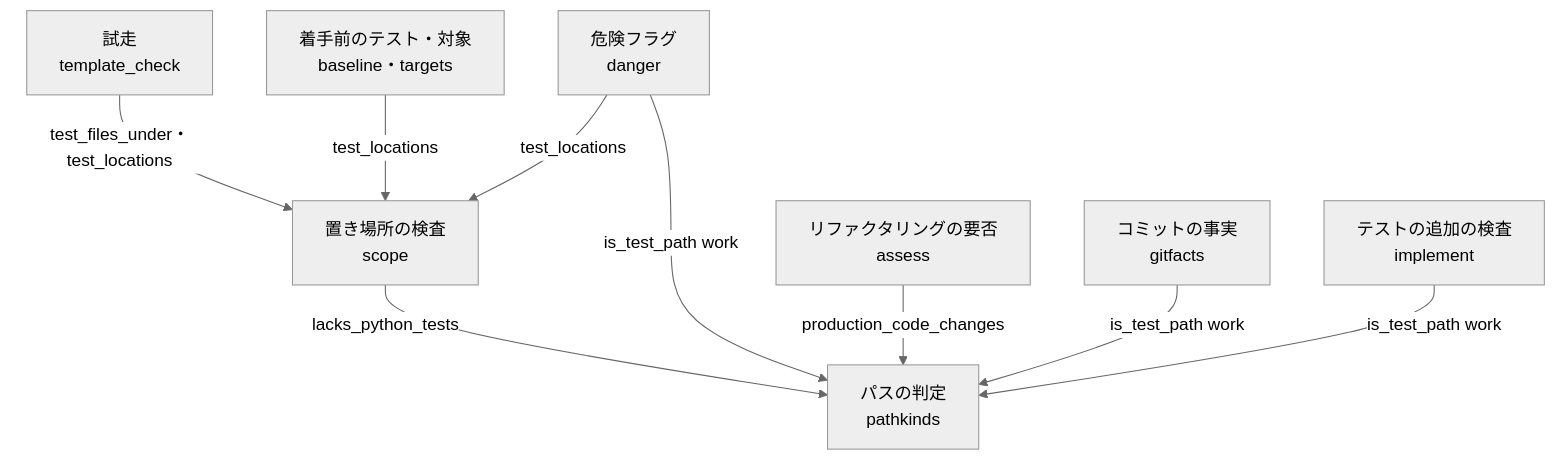
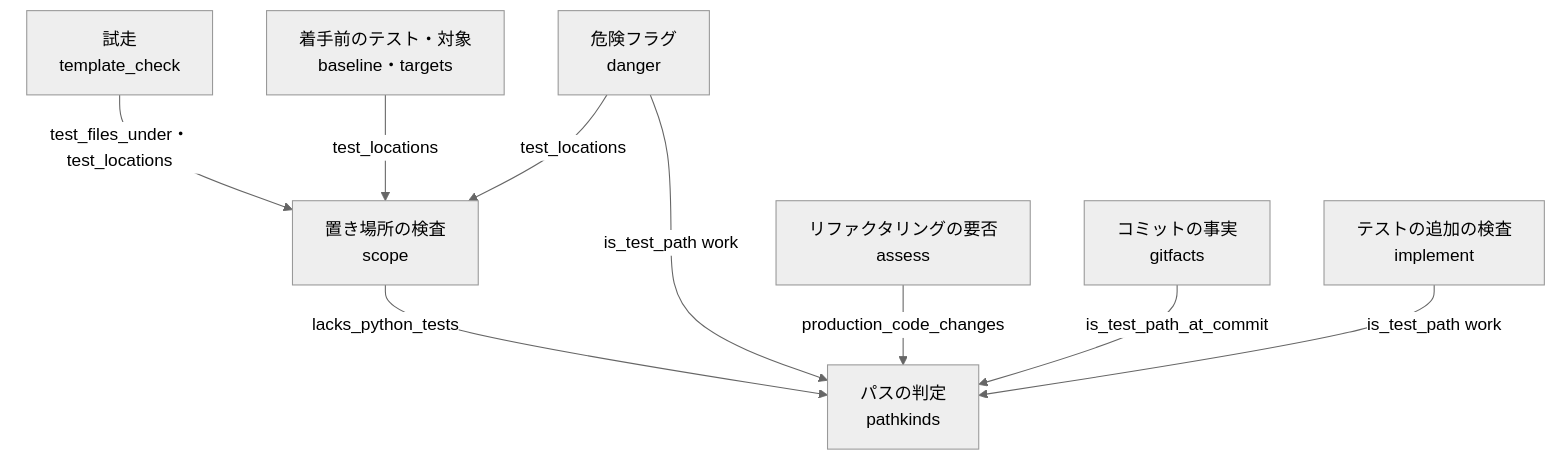
The first of 3 diagrams in issues/issue-2516-design.md (devbasex/ai-plugins), drawn with Mermaid (neutral theme) before and after one commit. The commit also changed other lines of this file and 2 other files, not shown here.

````diff
--- a/issues/issue-2516-design.md
+++ b/issues/issue-2516-design.md
@@ -97,19 +97,19 @@
 ```mermaid
 graph TD
     PK[パスの判定<br/>pathkinds]
     SC[置き場所の検査<br/>scope]
     TC[試走<br/>template_check]
     BL[着手前のテスト・対象<br/>baseline・targets]
     DG[危険フラグ<br/>danger]
     AS[リファクタリングの要否<br/>assess]
     GF[コミットの事実<br/>gitfacts]
     IM[テストの追加の検査<br/>implement]
     SC -->|lacks_python_tests| PK
     TC -->|test_files_under・test_locations| SC
     BL -->|test_locations| SC
     DG -->|test_locations| SC
     DG -->|is_test_path work| PK
     AS -->|production_code_changes| PK
-    GF -->|is_test_path work| PK
+    GF -->|is_test_path_at_commit| PK
     IM -->|is_test_path work| PK
 ```
````
